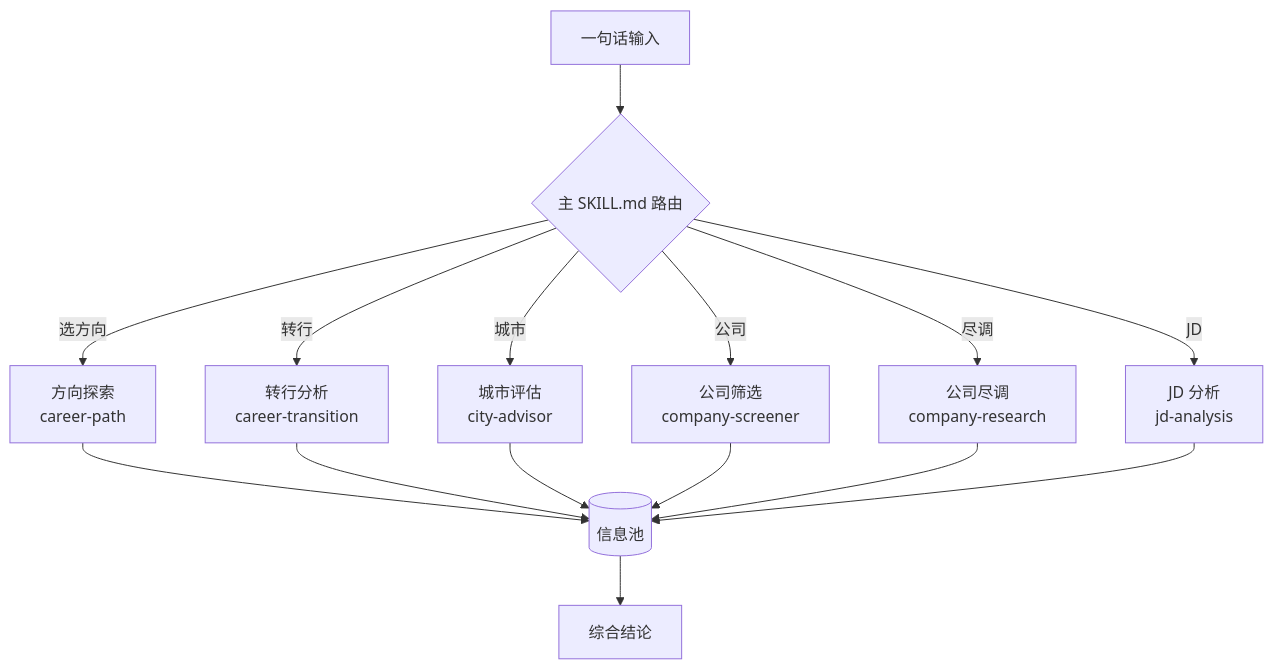
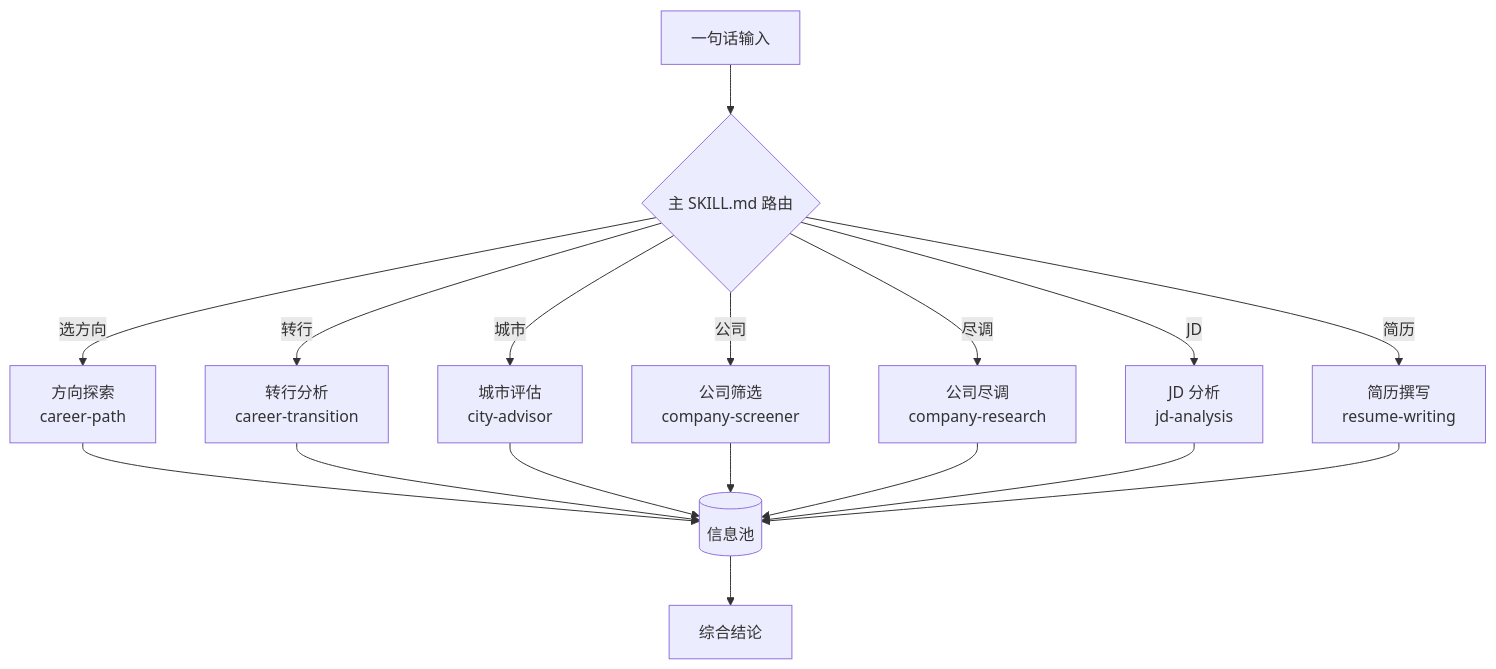
The diagram in README.md (Friend-Xu/career-os), drawn with Mermaid before and after one commit. The commit also changed other lines of this file and 16 other files, not shown here.

First line of the commit message:
feat: add resume-writing sub-module with frontier interrogation engine

````diff
--- a/README.md
+++ b/README.md
@@ -9,12 +9,13 @@
 ```mermaid
 flowchart TD
     User["一句话输入"] --> Router{"主 SKILL.md 路由"}
     Router -->|" 选方向"| CP["方向探索<br/>career-path"]
     Router -->|" 转行"| CT["转行分析<br/>career-transition"]
     Router -->|" 城市"| CA["城市评估<br/>city-advisor"]
     Router -->|" 公司"| CS["公司筛选<br/>company-screener"]
     Router -->|" 尽调"| CR["公司尽调<br/>company-research"]
     Router -->|" JD"| JA["JD 分析<br/>jd-analysis"]
-    CP & CT & CA & CS & CR & JA --> Pool[("信息池")]
+    Router -->|" 简历"| RW["简历撰写<br/>resume-writing"]
+    CP & CT & CA & CS & CR & JA & RW --> Pool[("信息池")]
     Pool --> Summary["综合结论"]
 ```
````
